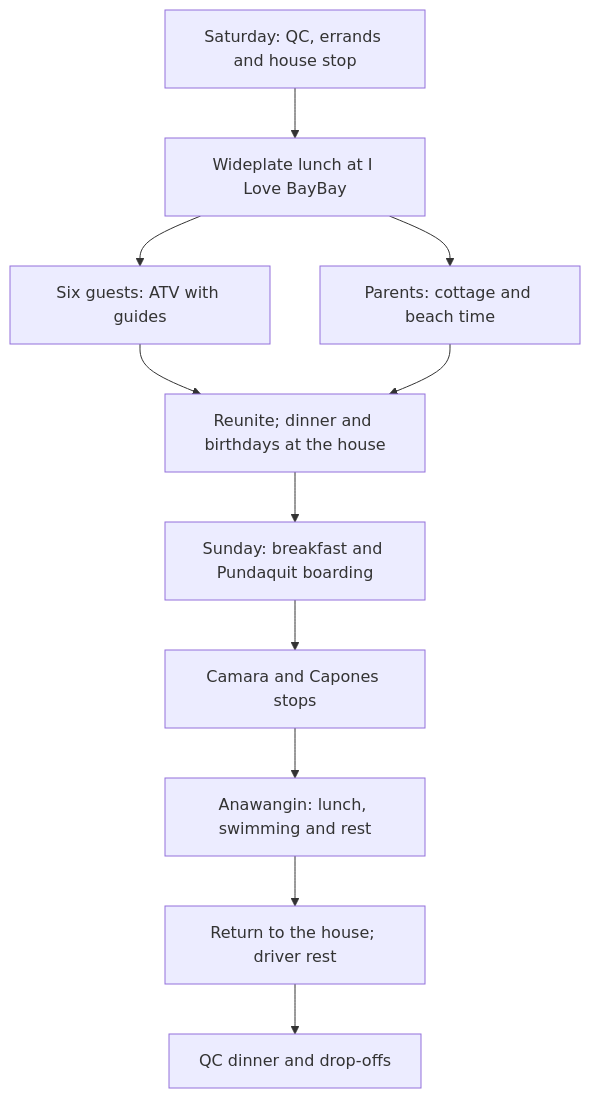
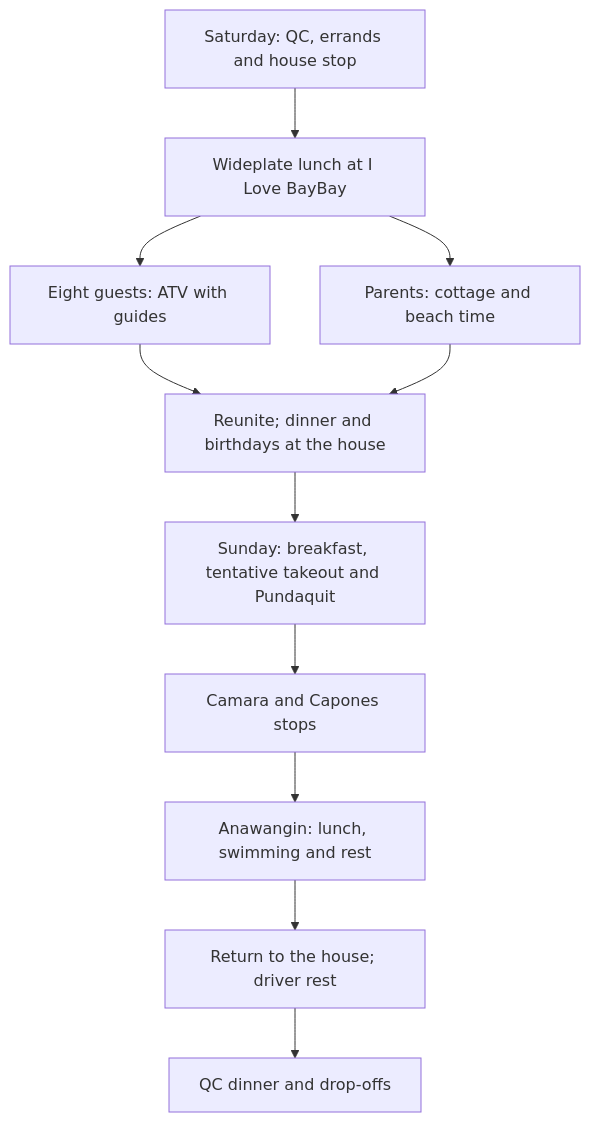
One commit to itsmcliam/Birthday-Plan changed the diagram in assets/trip-flow.mmd. Above: the diagram before and after it, drawn with Mermaid. The commit also changed 10 other files, not shown here.

Commit message:
Refresh ten-person Zambales plan, meals, diagrams and parent guides

```diff
--- a/assets/trip-flow.mmd
+++ b/assets/trip-flow.mmd
@@ -1,11 +1,11 @@
 flowchart TD
     A["Saturday: QC, errands and house stop"] --> B["Wideplate lunch at I Love BayBay"]
-    B --> C["Six guests: ATV with guides"]
+    B --> C["Eight guests: ATV with guides"]
     B --> D["Parents: cottage and beach time"]
     C --> E["Reunite; dinner and birthdays at the house"]
     D --> E
-    E --> F["Sunday: breakfast and Pundaquit boarding"]
+    E --> F["Sunday: breakfast, tentative takeout and Pundaquit"]
     F --> G["Camara and Capones stops"]
     G --> H["Anawangin: lunch, swimming and rest"]
     H --> I["Return to the house; driver rest"]
     I --> J["QC dinner and drop-offs"]
```
